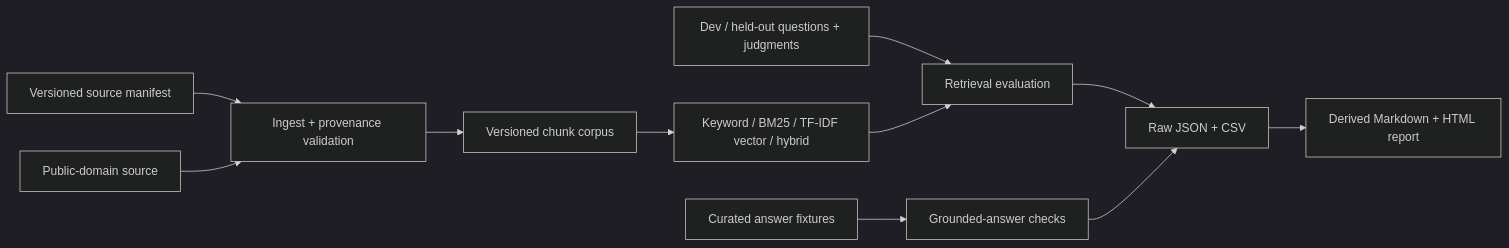
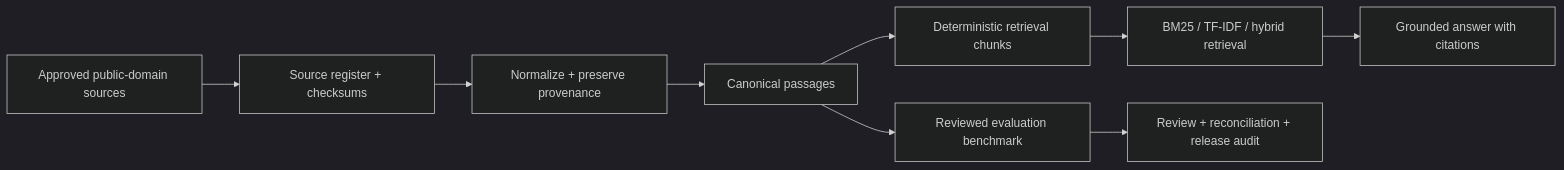
Before and after one commit to czzzry/local-scriptorium: the diagram in README.md, drawn with Mermaid (dark theme). The commit also changed other lines of this file and 69 other files, not shown here.

````diff
--- a/README.md
+++ b/README.md
@@ -28,13 +91,11 @@
 ```mermaid
 flowchart LR
-  M[Versioned source manifest] --> I[Ingest + provenance validation]
-  S[Public-domain source] --> I
-  I --> C[Versioned chunk corpus]
-  Q[Dev / held-out questions + judgments] --> E[Retrieval evaluation]
-  C --> R[Keyword / BM25 / TF-IDF vector / hybrid]
-  R --> E
-  A[Curated answer fixtures] --> G[Grounded-answer checks]
-  E --> O[Raw JSON + CSV]
-  G --> O
-  O --> P[Derived Markdown + HTML report]
+  S[Approved public-domain sources] --> R[Source register + checksums]
+  R --> N[Normalize + preserve provenance]
+  N --> P[Canonical passages]
+  P --> C[Deterministic retrieval chunks]
+  C --> Q[BM25 / TF-IDF / hybrid retrieval]
+  Q --> A[Grounded answer with citations]
+  P --> E[Reviewed evaluation benchmark]
+  E --> G[Review + reconciliation + release audit]
 ```
````
